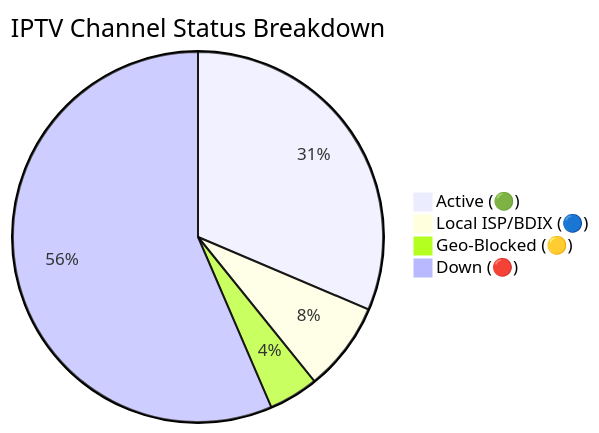
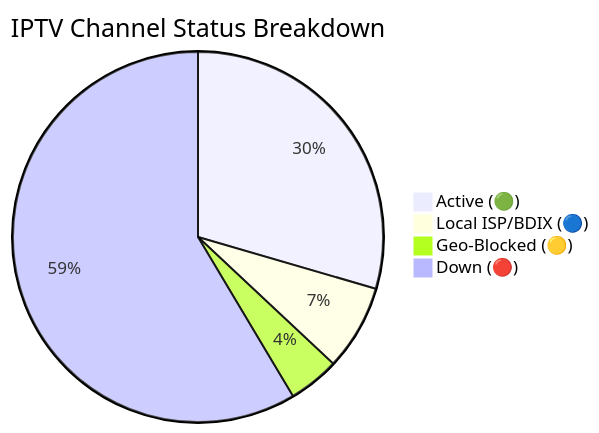
One commit to Zaman-Topu/Ip-tv-Collection changed the diagram in README.md. Above: the diagram before and after it, drawn with Mermaid. The commit also changed other lines of this file and 6 other files, not shown here.

````diff
--- a/README.md
+++ b/README.md
@@ -149,7 +149,7 @@
 ```mermaid
 pie title IPTV Channel Status Breakdown
-    "Active (🟢)" : 10745
-    "Local ISP/BDIX (🔵)" : 2670
-    "Geo-Blocked (🟡)" : 1483
-    "Down (🔴)" : 19328
+    "Active (🟢)" : 10755
+    "Local ISP/BDIX (🔵)" : 2722
+    "Geo-Blocked (🟡)" : 1625
+    "Down (🔴)" : 21344
 ```
````
